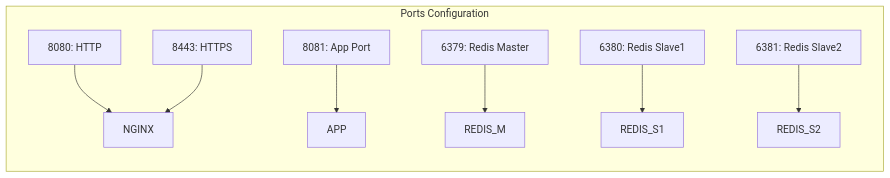
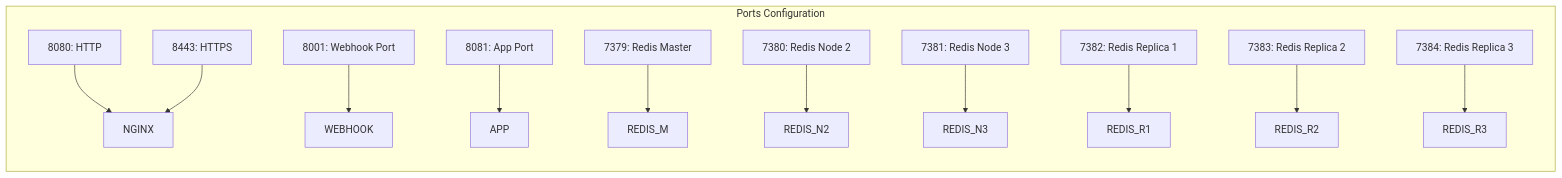
The second of 3 diagrams in README.md (neKamita/Mirza-Telegram-Shop-Bot), drawn with Mermaid before and after one commit. The commit also changed other lines of this file and 7 other files, not shown here.

````diff
--- a/README.md
+++ b/README.md
@@ -81,11 +144,15 @@
 ```mermaid
 graph LR
     subgraph "Ports Configuration"
         P1[8080: HTTP] --> NGINX
         P2[8443: HTTPS] --> NGINX
-        P3[8081: App Port] --> APP
-        P4[6379: Redis Master] --> REDIS_M
-        P5[6380: Redis Slave1] --> REDIS_S1
-        P6[6381: Redis Slave2] --> REDIS_S2
+        P3[8001: Webhook Port] --> WEBHOOK
+        P4[8081: App Port] --> APP
+        P5[7379: Redis Master] --> REDIS_M
+        P6[7380: Redis Node 2] --> REDIS_N2
+        P7[7381: Redis Node 3] --> REDIS_N3
+        P8[7382: Redis Replica 1] --> REDIS_R1
+        P9[7383: Redis Replica 2] --> REDIS_R2
+        P10[7384: Redis Replica 3] --> REDIS_R3
     end
 ```
````
